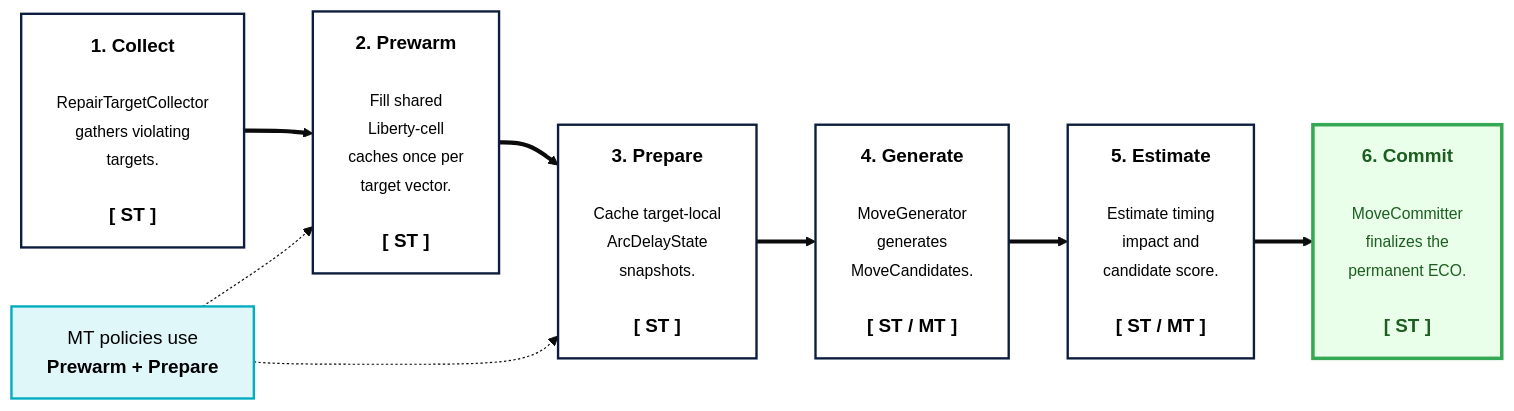
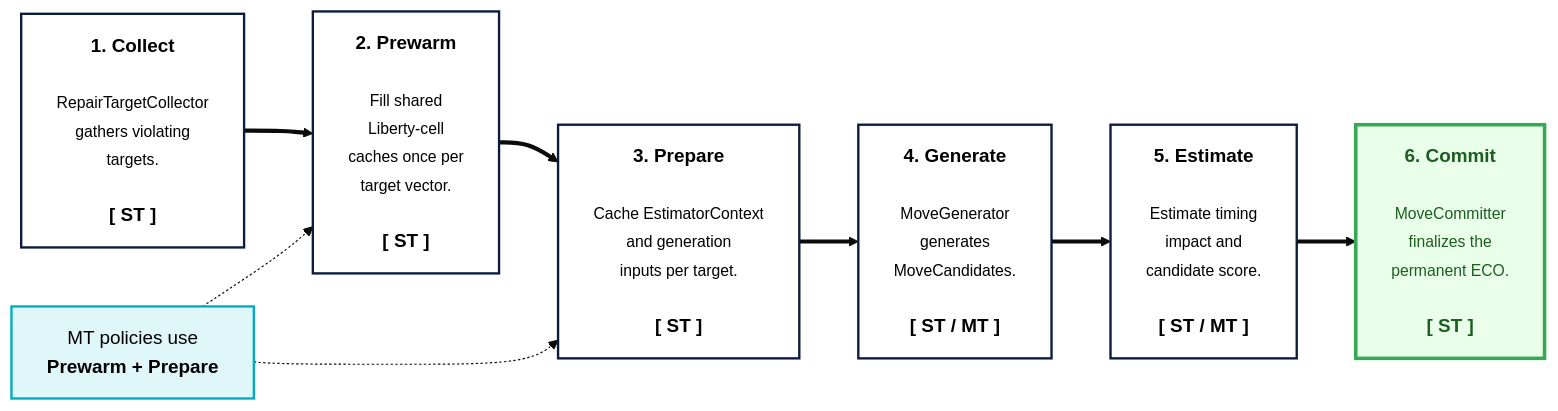
Before and after one commit to The-OpenROAD-Project/OpenROAD: the second of 3 diagrams in src/rsz/doc/architecture.md, drawn with Mermaid (base theme). The commit also changed other lines of this file, not shown here.

First line of the commit message:
doc: Update the rsz setup repair architecture

````diff
--- a/src/rsz/doc/architecture.md
+++ b/src/rsz/doc/architecture.md
@@ -307,27 +361,27 @@
 ```mermaid
 flowchart LR
     %% style
     classDef default fill:#ffffff,stroke:#0b1c3c,stroke-width:2px,color:#000;
     classDef applyNode fill:#eaffea,stroke:#34a853,stroke-width:3px,color:#1b5e20;
     classDef note fill:#e0f7fa,stroke:#00acc1,stroke-width:2px;
 
     %% node
     N1["<b>1. Collect</b><br/><br/><small>RepairTargetCollector<br>gathers violating<br>targets.</small><br/><br/><b>[ ST ]</b>"]
     N2["<b>2. Prewarm</b><br/><br/><small>Fill shared<br>Liberty-cell<br>caches once per<br>target vector.</small><br/><br/><b>[ ST ]</b>"]
-    N3["<b>3. Prepare</b><br/><br/><small>Cache target-local<br>ArcDelayState<br>snapshots.</small><br/><br/><b>[ ST ]</b>"]
+    N3["<b>3. Prepare</b><br/><br/><small>Cache EstimatorContext<br>and generation<br>inputs per target.</small><br/><br/><b>[ ST ]</b>"]
     N4["<b>4. Generate</b><br/><br/><small>MoveGenerator<br>generates<br>MoveCandidates.</small><br/><br/><b>[ ST / MT ]</b>"]
     N5["<b>5. Estimate</b><br/><br/><small>Estimate timing<br>impact and<br>candidate score.</small><br/><br/><b>[ ST / MT ]</b>"]
     N6["<b>6. Commit</b><br/><br/><small>MoveCommitter<br>finalizes the<br>permanent ECO.</small><br/><br/><b>[ ST ]</b>"]
 
     %% Comment box
     Note["MT policies use<br><b>Prewarm + Prepare</b>"]
 
     %% Node connection
     N1 ==> N2 ==> N3 ==> N4 ==> N5 ==> N6
     Note -.-> N2
     Note -.-> N3
 
     %% Style
     class N6 applyNode;
     class Note note;
 ```
````
